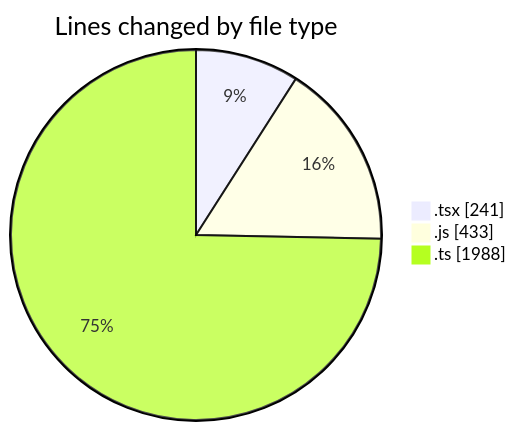
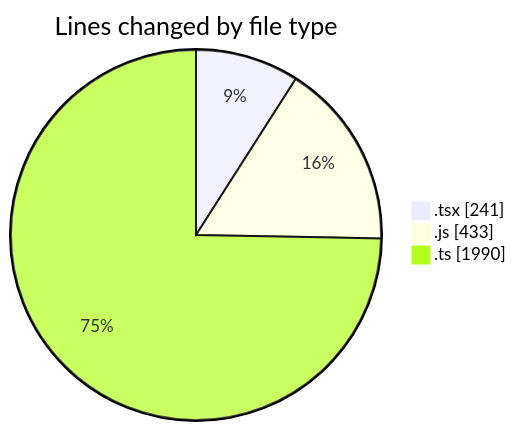
One commit to momahboobian/code-tracking changed the first of 2 diagrams in 2026-08-17/cda/README.md. Above: the diagram before and after it, drawn with Mermaid. The commit also changed other lines of this file and 1 other file, not shown here.

````diff
--- a/2026-08-17/cda/README.md
+++ b/2026-08-17/cda/README.md
@@ -28,7 +28,7 @@
 ```mermaid
 pie showData
 title Lines changed by file type
 ".tsx" : 241
 ".js" : 433
-".ts" : 1988
+".ts" : 1990
 ```
````
